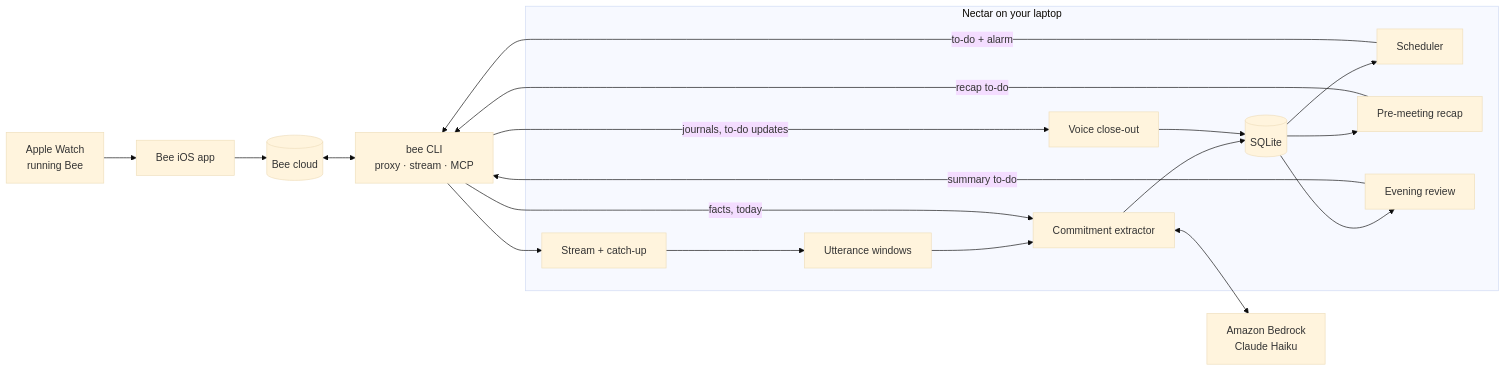
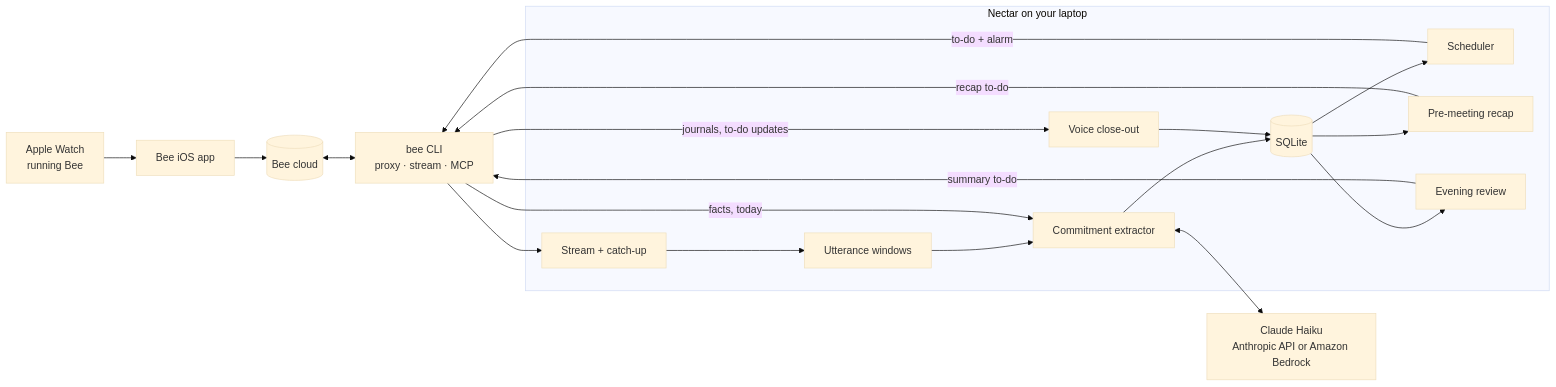
Before and after one commit to Mammajam/Nectar: the diagram in README.md, drawn with Mermaid (base theme). The commit also changed other lines of this file and 2 other files, not shown here.

First line of the commit message:
Say Anthropic API in README and demo script; add silent demo cut

````diff
--- a/README.md
+++ b/README.md
@@ -23,21 +25,21 @@
 ```mermaid
 flowchart LR
   W[Apple Watch<br/>running Bee] --> P[Bee iOS app] --> C[(Bee cloud)]
   C <--> CLI[bee CLI<br/>proxy · stream · MCP]
   subgraph N[Nectar on your laptop]
     S[Stream + catch-up] --> WIN[Utterance windows]
     WIN --> EX[Commitment extractor]
     EX --> DB[(SQLite)]
     DB --> SCH[Scheduler]
     DB --> REC[Pre-meeting recap]
     DB --> REV[Evening review]
     CO[Voice close-out] --> DB
   end
   CLI --> S
   CLI -- facts, today --> EX
-  EX <--> BR[Amazon Bedrock<br/>Claude Haiku]
+  EX <--> BR[Claude Haiku<br/>Anthropic API or Amazon Bedrock]
   SCH -- to-do + alarm --> CLI
   REC -- recap to-do --> CLI
   REV -- summary to-do --> CLI
   CLI -- journals, to-do updates --> CO
 ```
````
